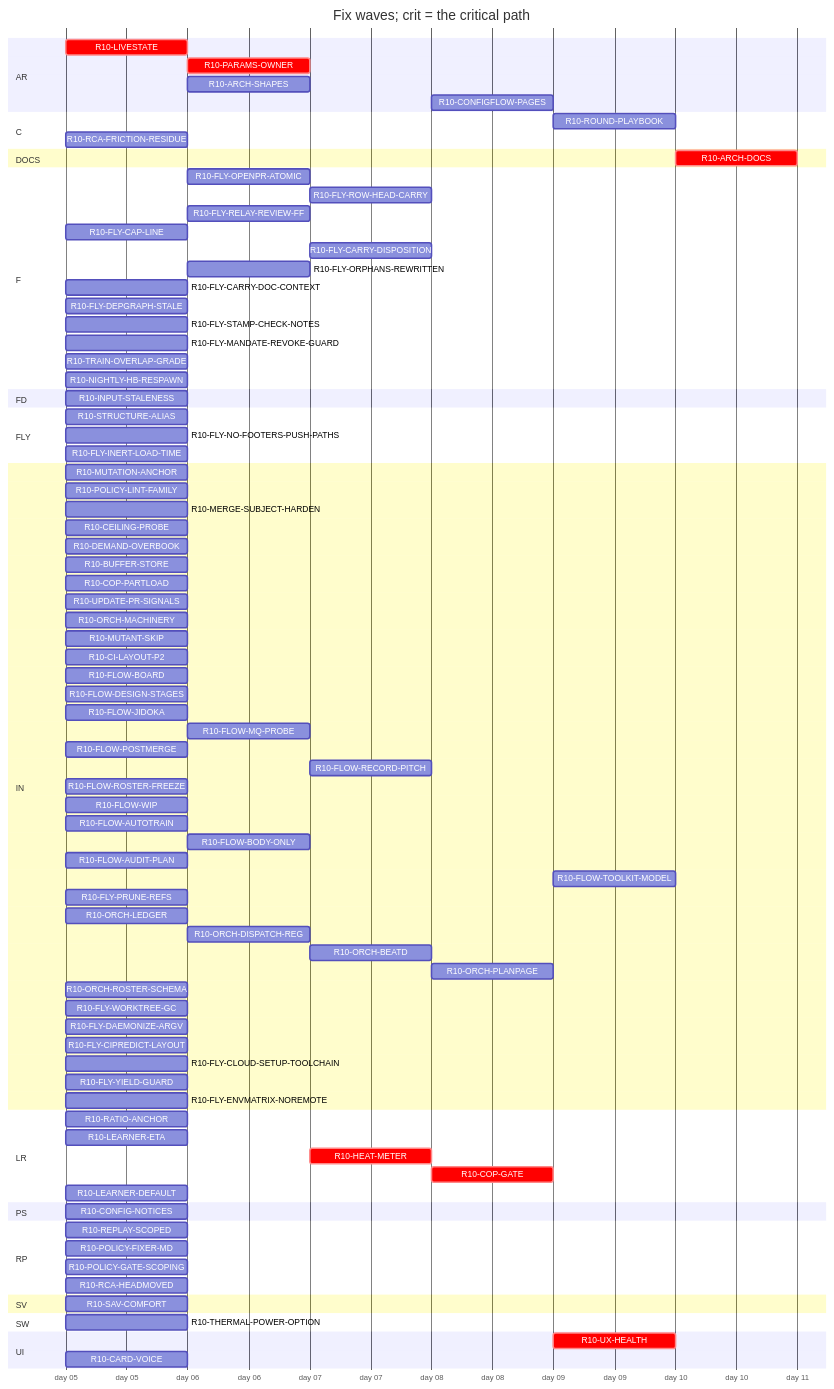
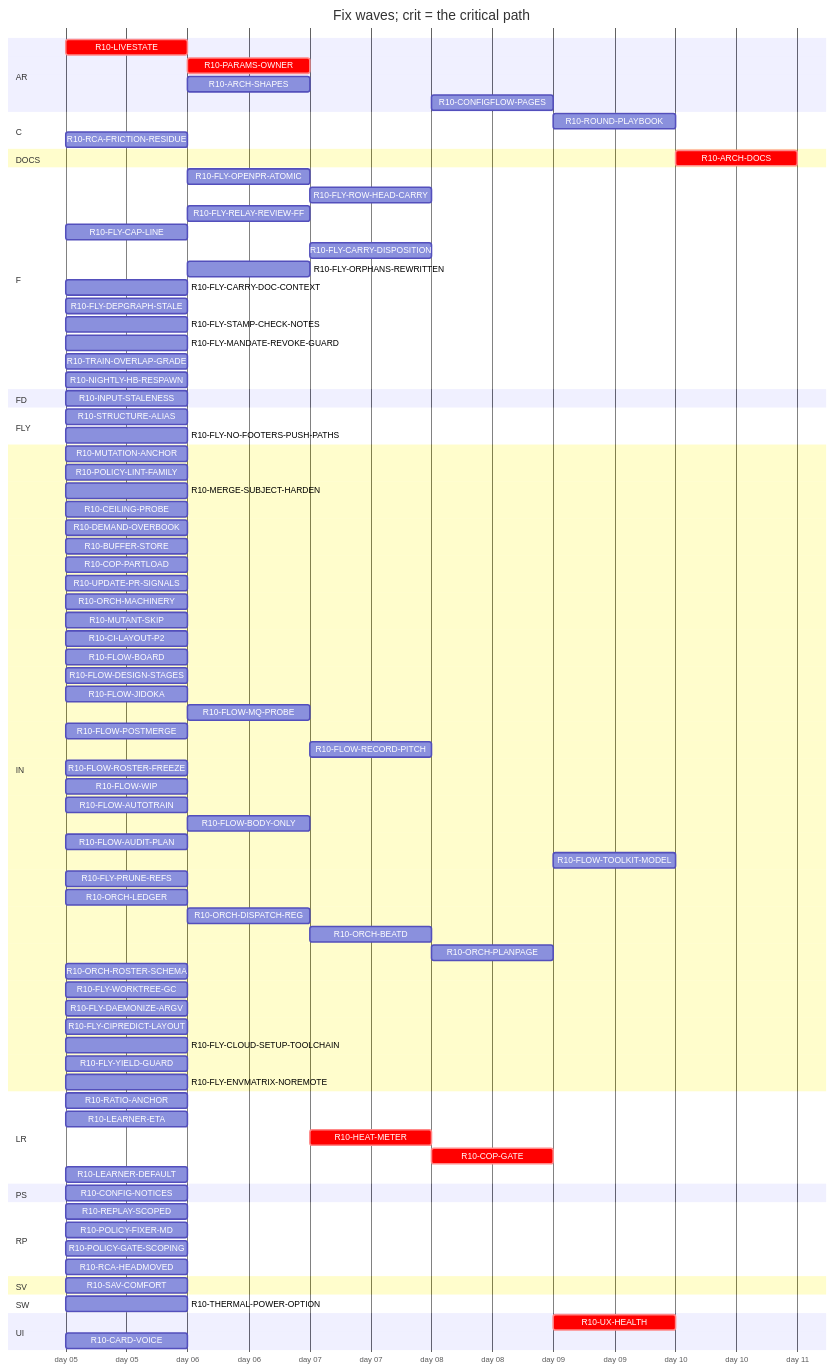
Before and after one commit to tvofi/heatpump_optimizer: the diagram in handoff/round10/state/PLAN-TABLE.md, drawn with Mermaid. The commit also changed other lines of this file and 2 other files, not shown here.

```diff
--- a/handoff/round10/state/PLAN-TABLE.md
+++ b/handoff/round10/state/PLAN-TABLE.md
@@ -56,7 +56,6 @@
   section FLY
     R10-STRUCTURE-ALIAS :r10STRUCTUREALIAS, 2026-01-05, 1d
     R10-FLY-NO-FOOTERS-PUSH-PATHS :r10FLYNOFOOTERSPUSHPATHS, 2026-01-05, 1d
-    R10-FLY-INERT-LOAD-TIME :r10FLYINERTLOADTIME, 2026-01-05, 1d
   section IN
     R10-MUTATION-ANCHOR :r10MUTATIONANCHOR, 2026-01-05, 1d
     R10-POLICY-LINT-FAMILY :r10POLICYLINTFAMILY, 2026-01-05, 1d
```
